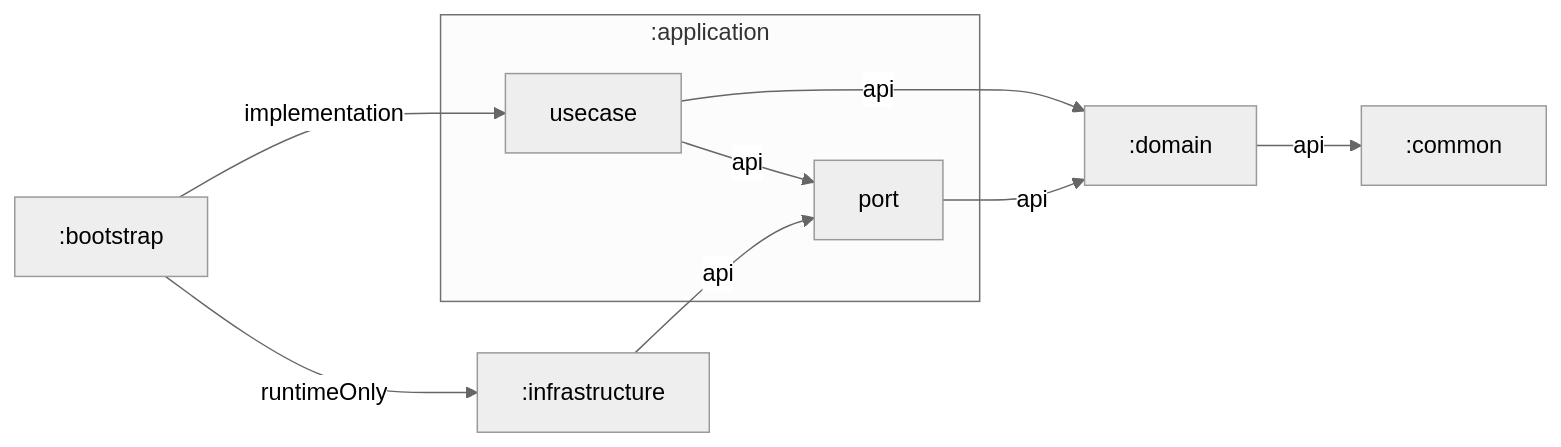
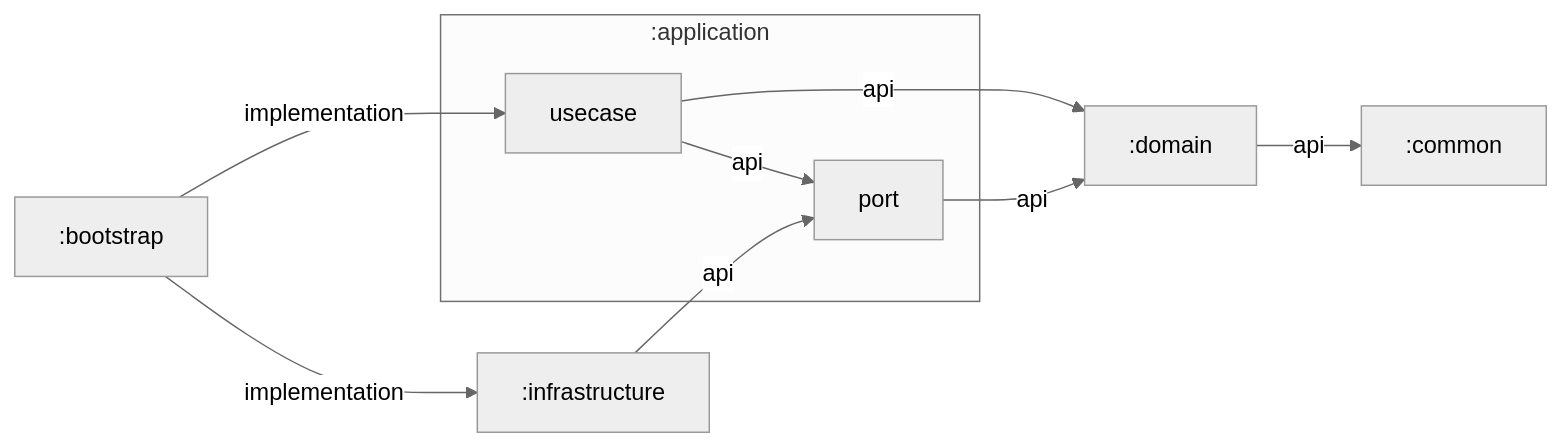
One commit to jincrates/coffeedia changed the diagram in backend/README.md. Above: the diagram before and after it, drawn with Mermaid. The commit also changed 16 other files, not shown here.

````diff
--- a/backend/README.md
+++ b/backend/README.md
@@ -19,20 +19,20 @@
 ```mermaid
 %%{
   init: {
     'theme': 'neutral'
   }
 }%%
 
 graph LR
   subgraph :application
     :application:port["port"]
     :application:usecase["usecase"]
   end
   :domain -->|api| :common
   :infrastructure -->|api| :application:port
   :bootstrap -->|implementation| :application:usecase
-  :bootstrap -->|runtimeOnly| :infrastructure
+  :bootstrap -->|implementation| :infrastructure
   :application:usecase -->|api| :domain
   :application:usecase -->|api| :application:port
   :application:port -->|api| :domain
 ```
````
